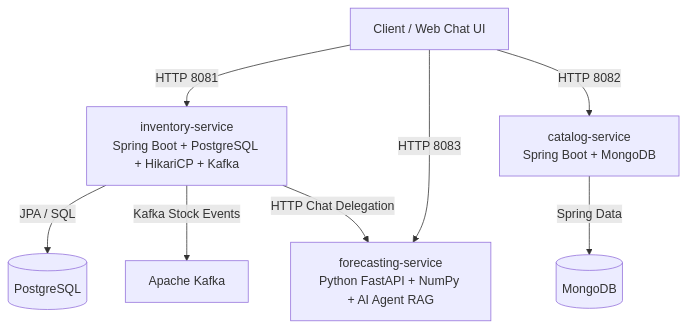
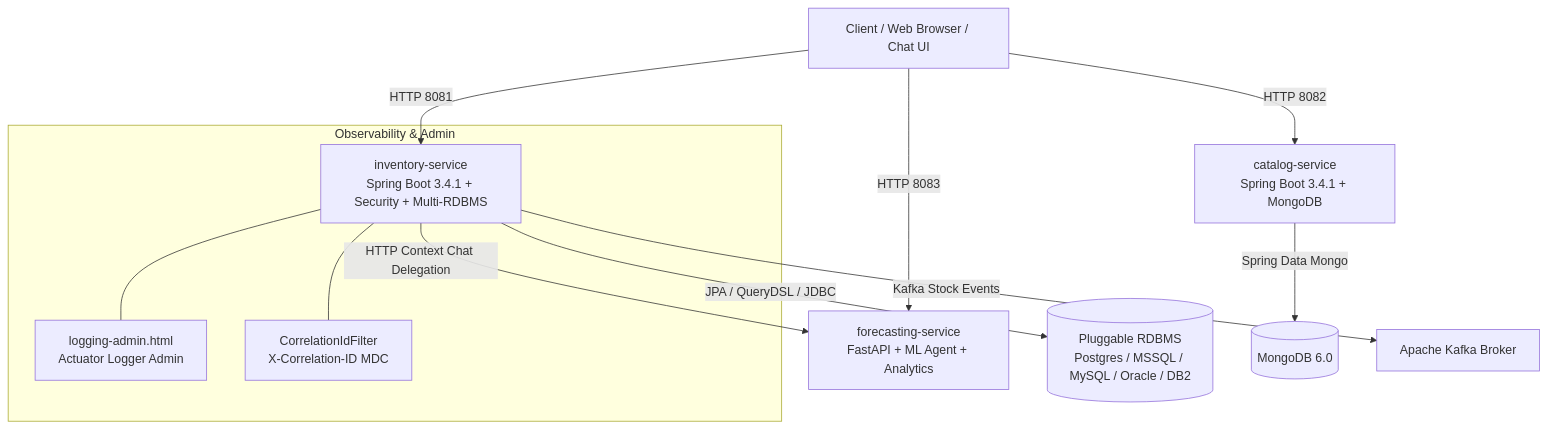
The diagram in README.md (ervivekumrao/Agentic-inventory), drawn with Mermaid before and after one commit. The commit also changed other lines of this file and 148 other files, not shown here.

Commit message:
- license information added - Code analysis fix - fix all vulnerable dependencies - toml file added to manage dependencies. - SQL injection protection - PII data protection. - Kotlin opted for Gradle files

````diff
--- a/README.md
+++ b/README.md
@@ -18,11 +85,16 @@
 ```mermaid
 graph TD
-    Client[Client / Web Chat UI] -->|HTTP 8081| Inventory[inventory-service<br/>Spring Boot + PostgreSQL + HikariCP + Kafka]
-    Client -->|HTTP 8082| Catalog[catalog-service<br/>Spring Boot + MongoDB]
-    Client -->|HTTP 8083| Forecasting[forecasting-service<br/>Python FastAPI + NumPy + AI Agent RAG]
+    Client[Client / Web Browser / Chat UI] -->|HTTP 8081| Inventory[inventory-service<br/>Spring Boot 3.4.1 + Security + Multi-RDBMS]
+    Client -->|HTTP 8082| Catalog[catalog-service<br/>Spring Boot 3.4.1 + MongoDB]
+    Client -->|HTTP 8083| Forecasting[forecasting-service<br/>FastAPI + ML Agent + Analytics]
     
-    Inventory -->|JPA / SQL| DB[(PostgreSQL)]
-    Catalog -->|Spring Data| Mongo[(MongoDB)]
-    Inventory -->|Kafka Stock Events| Kafka[Apache Kafka]
-    Inventory -->|HTTP Chat Delegation| Forecasting
+    Inventory -->|JPA / QueryDSL / JDBC| RDBMS[(Pluggable RDBMS<br/>Postgres / MSSQL / MySQL / Oracle / DB2)]
+    Catalog -->|Spring Data Mongo| Mongo[(MongoDB 6.0)]
+    Inventory -->|Kafka Stock Events| Kafka[Apache Kafka Broker]
+    Inventory -->|HTTP Context Chat Delegation| Forecasting
+    
+    subgraph Observability_Admin ["Observability & Admin"]
+        Inventory --- LogAdmin[logging-admin.html<br/>Actuator Logger Admin]
+        Inventory --- CorrelationFilter[CorrelationIdFilter<br/>X-Correlation-ID MDC]
+    end
 ```
````
